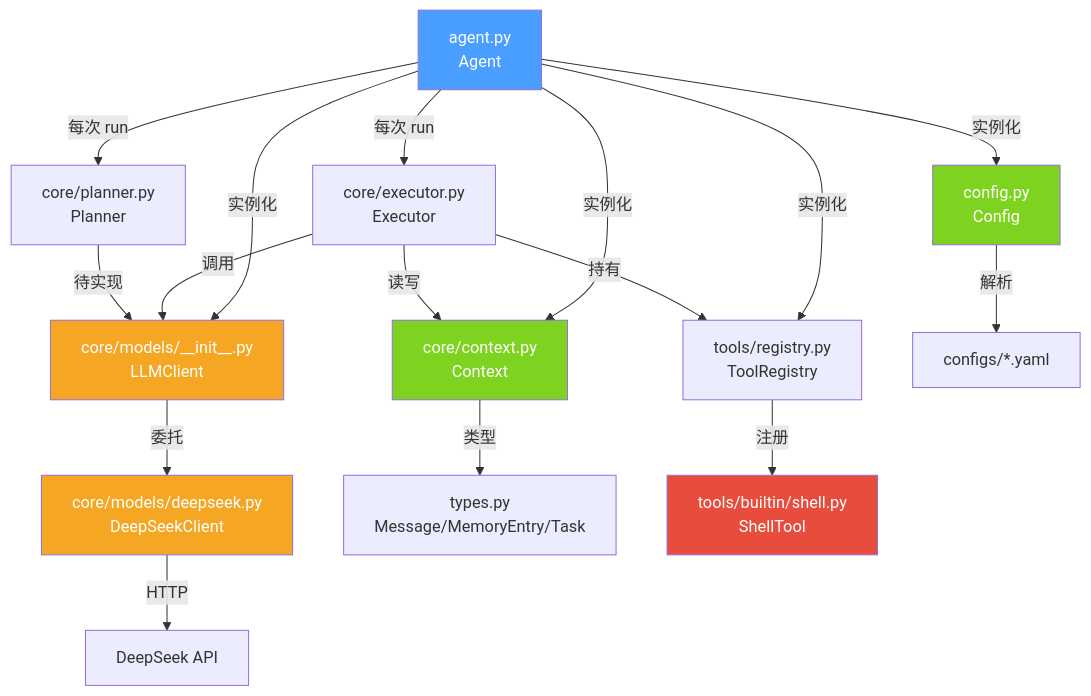
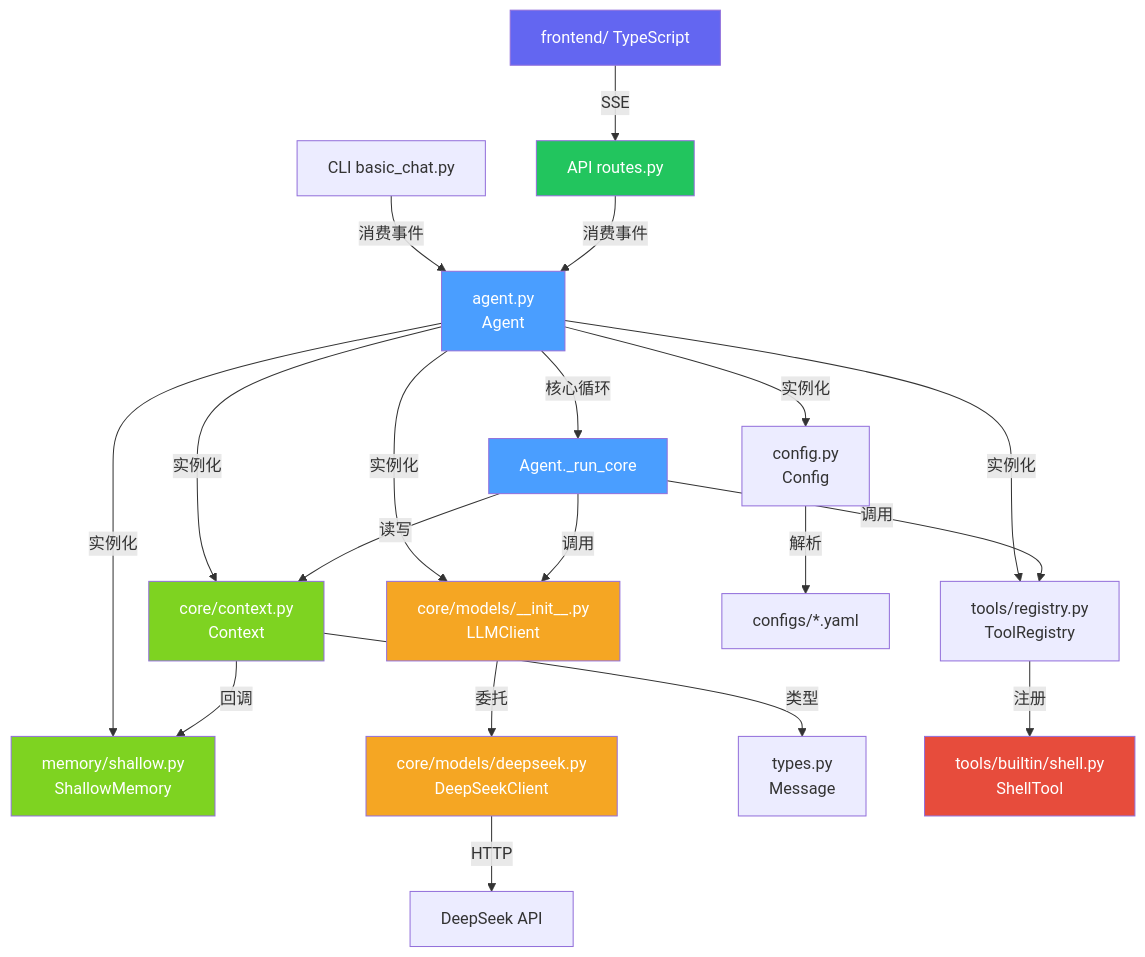
One commit to QAQ-awa-QAQ/sump changed the diagram in docs/architecture/call_graph.md. Above: the diagram before and after it, drawn with Mermaid. The commit also changed other lines of this file and 16 other files, not shown here.

````diff
--- a/docs/architecture/call_graph.md
+++ b/docs/architecture/call_graph.md
@@ -34,28 +33,35 @@
 ```mermaid
 graph TD
     A[agent.py<br/>Agent] -->|实例化| CFG[config.py<br/>Config]
     A -->|实例化| CTX[core/context.py<br/>Context]
     A -->|实例化| LLM[core/models/__init__.py<br/>LLMClient]
     A -->|实例化| REG[tools/registry.py<br/>ToolRegistry]
-    A -->|每次 run| P[core/planner.py<br/>Planner]
-    A -->|每次 run| E[core/executor.py<br/>Executor]
+    A -->|实例化| MEM[memory/shallow.py<br/>ShallowMemory]
 
     LLM -->|委托| DS[core/models/deepseek.py<br/>DeepSeekClient]
     DS -->|HTTP| API[DeepSeek API]
 
-    CTX -->|类型| T[types.py<br/>Message/MemoryEntry/Task]
+    CTX -->|类型| T[types.py<br/>Message]
+    CTX -->|回调| MEM
     CFG -->|解析| YAML[configs/*.yaml]
 
-    E -->|调用| LLM
-    E -->|读写| CTX
-    E -->|持有| REG
+    A -->|核心循环| CORE[Agent._run_core]
+    CORE -->|调用| LLM
+    CORE -->|读写| CTX
+    CORE -->|调用| REG
     REG -->|注册| ST[tools/builtin/shell.py<br/>ShellTool]
-    P -->|待实现| LLM
+
+    CLI[CLI basic_chat.py] -->|消费事件| A
+    WEB[API routes.py] -->|消费事件| A
+    FE[frontend/ TypeScript] -->|SSE| WEB
 
     style A fill:#4a9eff,color:#fff
+    style CORE fill:#4a9eff,color:#fff
     style LLM fill:#f5a623,color:#fff
     style DS fill:#f5a623,color:#fff
     style CTX fill:#7ed321,color:#fff
-    style CFG fill:#7ed321,color:#fff
+    style MEM fill:#7ed321,color:#fff
     style ST fill:#e74c3c,color:#fff
+    style FE fill:#6366F1,color:#fff
+    style WEB fill:#22C55E,color:#fff
 ```
````
